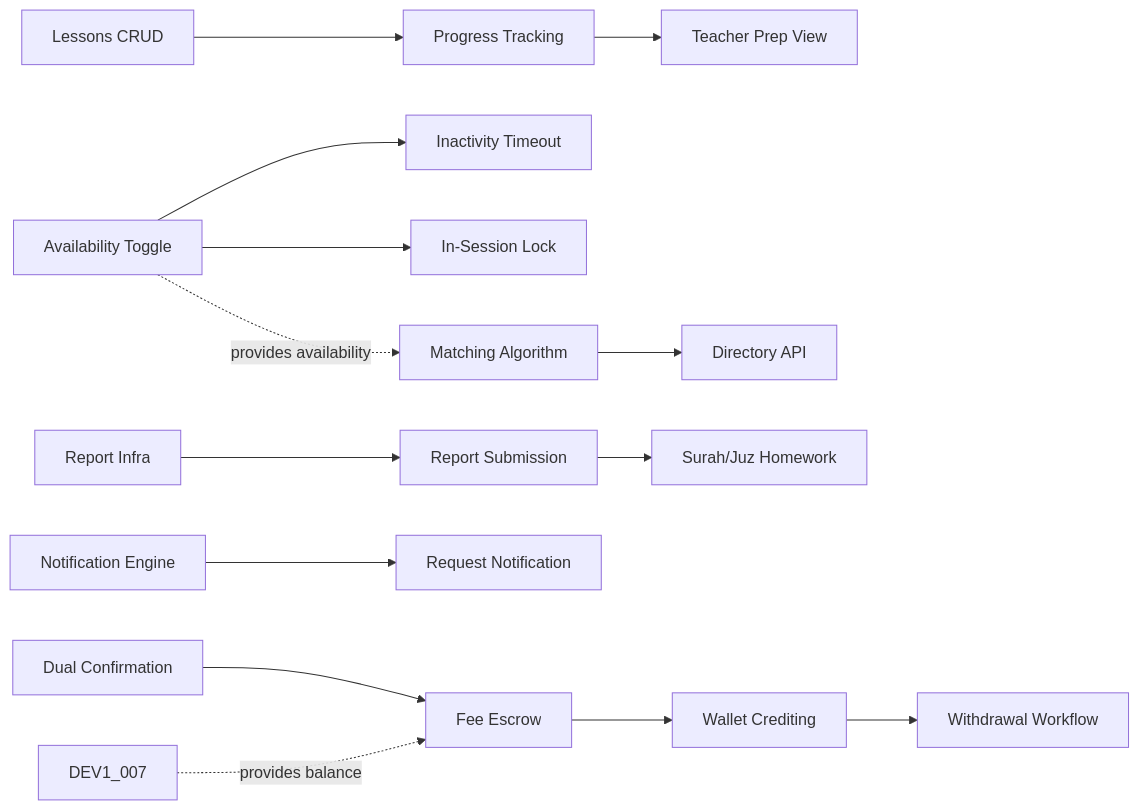
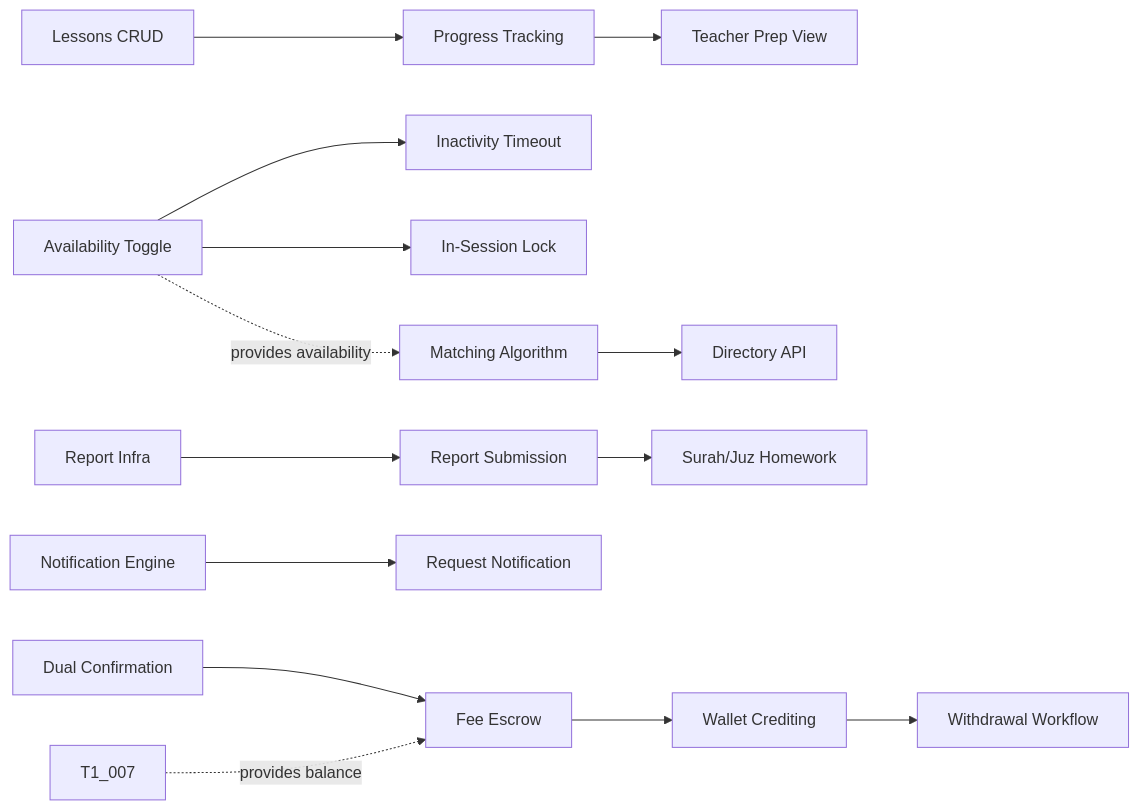
The third of 5 diagrams in docs/planning/SPRINT_PLAN.md (kottaby/kottaby), drawn with Mermaid before and after one commit. The commit also changed other lines of this file and 282 other files, not shown here.

````diff
--- a/docs/planning/SPRINT_PLAN.md
+++ b/docs/planning/SPRINT_PLAN.md
@@ -218,19 +218,19 @@
 ```mermaid
 graph LR
-    DEV1_010[Lessons CRUD] --> DEV1_011[Progress Tracking]
-    DEV1_011 --> DEV1_012[Teacher Prep View]
+    T1_010[Lessons CRUD] --> T1_011[Progress Tracking]
+    T1_011 --> T1_012[Teacher Prep View]
 
-    DEV2_011[Availability Toggle] --> DEV2_012[Inactivity Timeout]
-    DEV2_011 --> DEV2_013[In-Session Lock]
-    DEV3_006[Report Infra] --> DEV2_014[Report Submission]
-    DEV2_014 --> DEV2_015[Surah/Juz Homework]
+    T2_011[Availability Toggle] --> T2_012[Inactivity Timeout]
+    T2_011 --> T2_013[In-Session Lock]
+    T3_006[Report Infra] --> T2_014[Report Submission]
+    T2_014 --> T2_015[Surah/Juz Homework]
 
-    DEV3_008[Matching Algorithm] --> DEV3_009[Directory API]
-    DEV3_010[Notification Engine] --> DEV3_011[Request Notification]
-    DEV3_012[Dual Confirmation] --> DEV3_013[Fee Escrow]
-    DEV3_013 --> DEV3_014[Wallet Crediting]
-    DEV3_014 --> DEV3_015[Withdrawal Workflow]
+    T3_008[Matching Algorithm] --> T3_009[Directory API]
+    T3_010[Notification Engine] --> T3_011[Request Notification]
+    T3_012[Dual Confirmation] --> T3_013[Fee Escrow]
+    T3_013 --> T3_014[Wallet Crediting]
+    T3_014 --> T3_015[Withdrawal Workflow]
 
-    DEV2_011 -.->|provides availability| DEV3_008
-    DEV1_007 -.->|provides balance| DEV3_013
+    T2_011 -.->|provides availability| T3_008
+    T1_007 -.->|provides balance| T3_013
 ```
````
